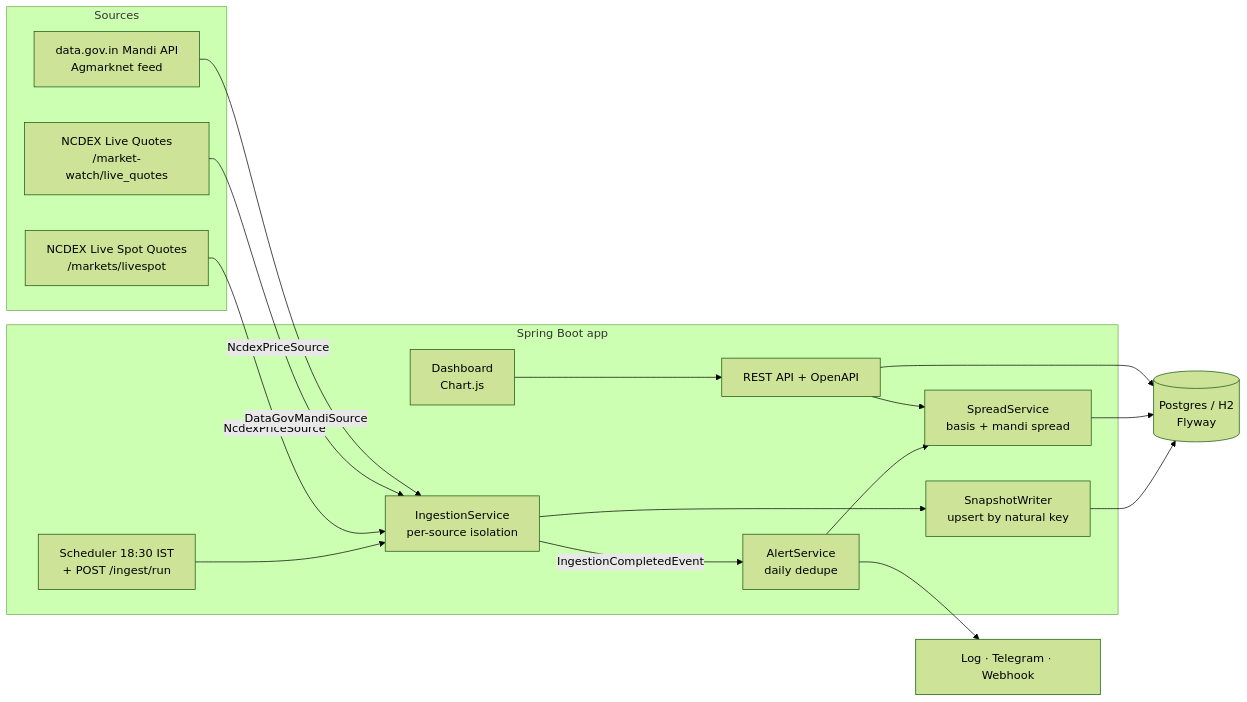
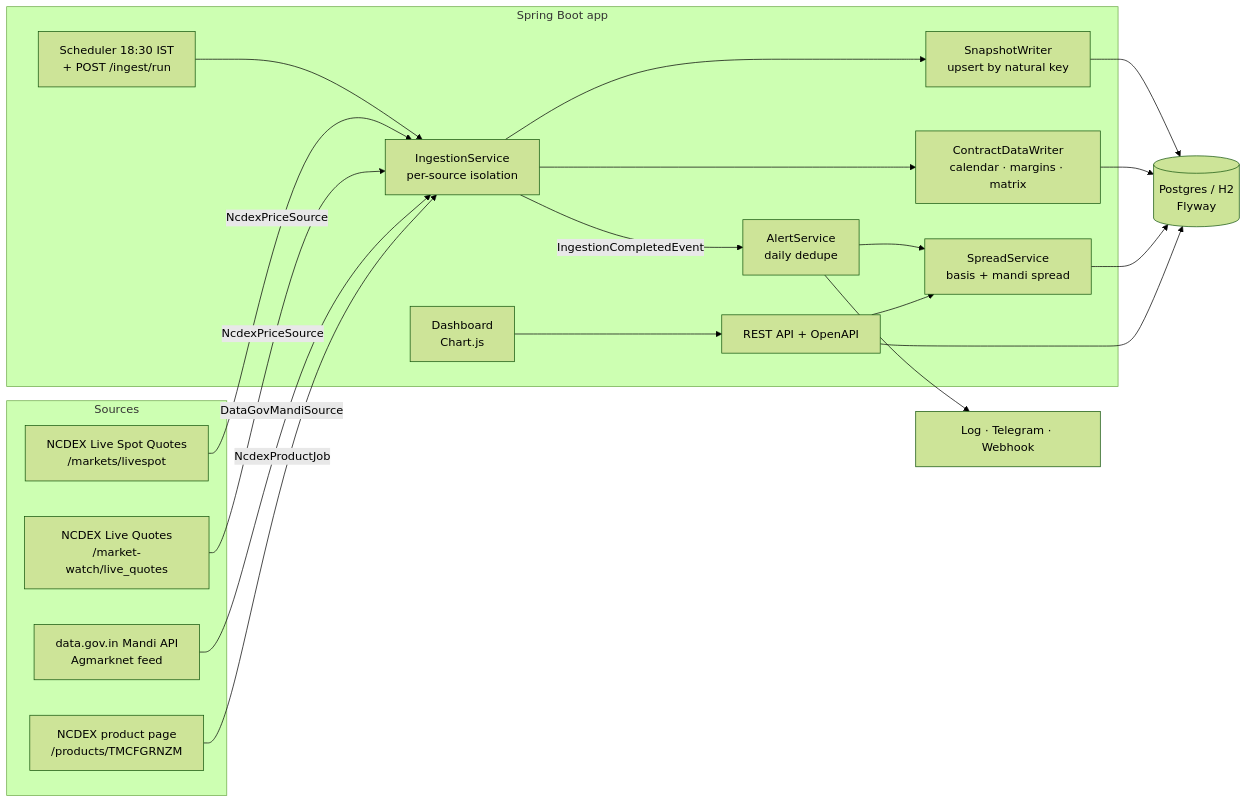
One commit to soham-023/commodity-spot-tracker changed the diagram in README.md. Above: the diagram before and after it, drawn with Mermaid (forest theme). The commit also changed other lines of this file and 2 other files, not shown here.

First line of the commit message:
docs: NCDEX product page source, delivery adjustment, new endpoints and settings

````diff
--- a/README.md
+++ b/README.md
@@ -34,30 +38,34 @@
 ```mermaid
 flowchart LR
     subgraph Sources
         N1[NCDEX Live Spot Quotes<br/>/markets/livespot]
         N2[NCDEX Live Quotes<br/>/market-watch/live_quotes]
+        N3[NCDEX product page<br/>/products/TMCFGRNZM]
         A1[data.gov.in Mandi API<br/>Agmarknet feed]
     end
     subgraph App[Spring Boot app]
         S[Scheduler 18:30 IST<br/>+ POST /ingest/run]
         I[IngestionService<br/>per-source isolation]
         W[SnapshotWriter<br/>upsert by natural key]
+        CW[ContractDataWriter<br/>calendar · margins · matrix]
         SP[SpreadService<br/>basis + mandi spread]
         AL[AlertService<br/>daily dedupe]
         API[REST API + OpenAPI]
         UI[Dashboard<br/>Chart.js]
     end
     DB[(Postgres / H2<br/>Flyway)]
     CH[Log · Telegram · Webhook]
 
     S --> I
     N1 & N2 -->|NcdexPriceSource| I
     A1 -->|DataGovMandiSource| I
+    N3 -->|NcdexProductJob| I
     I --> W --> DB
+    I --> CW --> DB
     I -- IngestionCompletedEvent --> AL
     AL --> SP --> DB
     AL --> CH
     API --> DB
     API --> SP
     UI --> API
 ```
````
